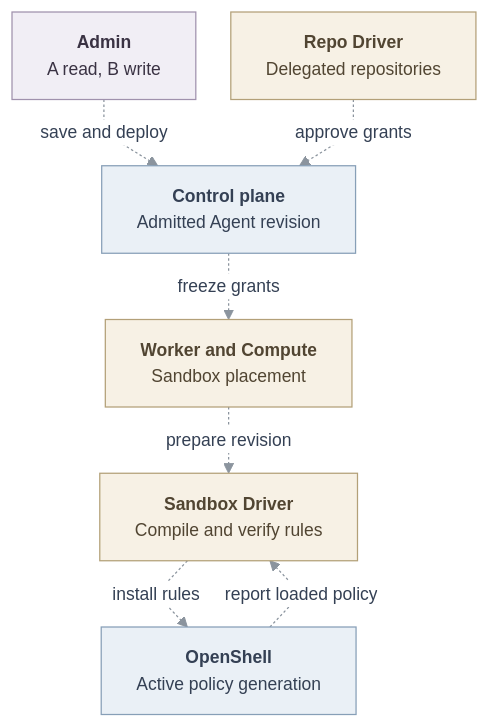
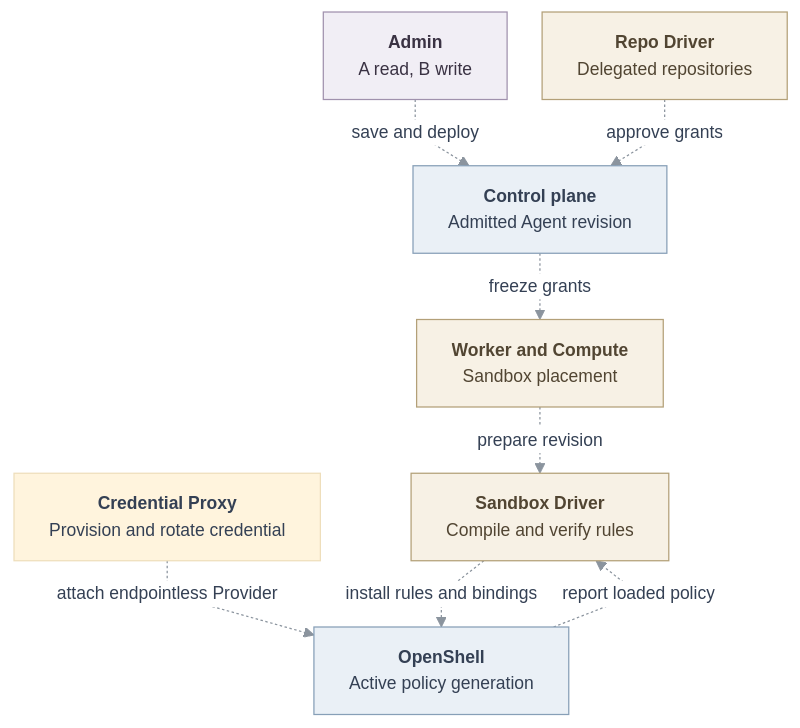
Before and after one commit to openclaw/openclaw-enterprise: the first of 2 diagrams in specs/rfcs/20261119-repository-network-policy.md, drawn with Mermaid. The commit also changed other lines of this file, not shown here.

Commit message:
Separate endpointless Git credential delivery from repository policy and PR validation

````diff
--- a/specs/rfcs/20261119-repository-network-policy.md
+++ b/specs/rfcs/20261119-repository-network-policy.md
@@ -45,37 +45,39 @@
 ```mermaid
 ---
 config:
   theme: base
   htmlLabels: true
   themeVariables:
     fontSize: 14px
     primaryTextColor: "#344054"
     lineColor: "#8B949E"
     edgeLabelBackground: "#FFFFFF"
   flowchart:
     curve: linear
     nodeSpacing: 28
     rankSpacing: 32
     padding: 14
 ---
 flowchart TB
   Admin["<b>Admin</b><br/>A read, B write"]
   Repo["<b>Repo Driver</b><br/>Delegated repositories"]
   OCC["<b>Control plane</b><br/>Admitted Agent revision"]
   Worker["<b>Worker and Compute</b><br/>Sandbox placement"]
   Driver["<b>Sandbox Driver</b><br/>Compile and verify rules"]
   Shell["<b>OpenShell</b><br/>Active policy generation"]
   Admin -.->|save and deploy| OCC
   Repo -.->|approve grants| OCC
   OCC -.->|freeze grants| Worker
   Worker -.->|prepare revision| Driver
-  Driver -.->|install rules| Shell
+  Proxy["<b>Credential Proxy</b><br/>Provision and rotate credential"]
+  Proxy -.->|attach endpointless Provider| Shell
+  Driver -.->|install rules and bindings| Shell
   Shell -.->|report loaded policy| Driver
   classDef actor fill:#F1EEF5,stroke:#A091AD,color:#3A3243,stroke-width:1px
   classDef gate fill:#F7F1E5,stroke:#B3A078,color:#514532,stroke-width:1px
   classDef state fill:#EAF0F6,stroke:#879FB7,color:#344054,stroke-width:1px
   class Admin actor
   class Repo,Worker,Driver gate
   class OCC,Shell state
   linkStyle default stroke:#8B949E,stroke-width:1px
 ```
````
